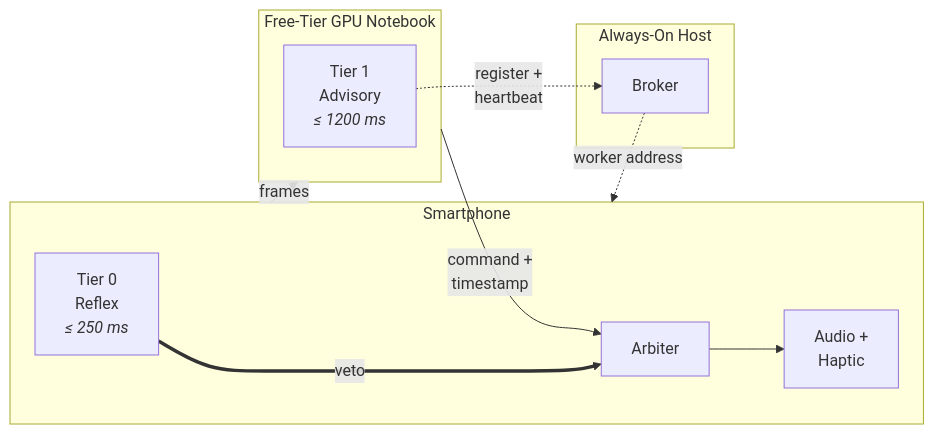
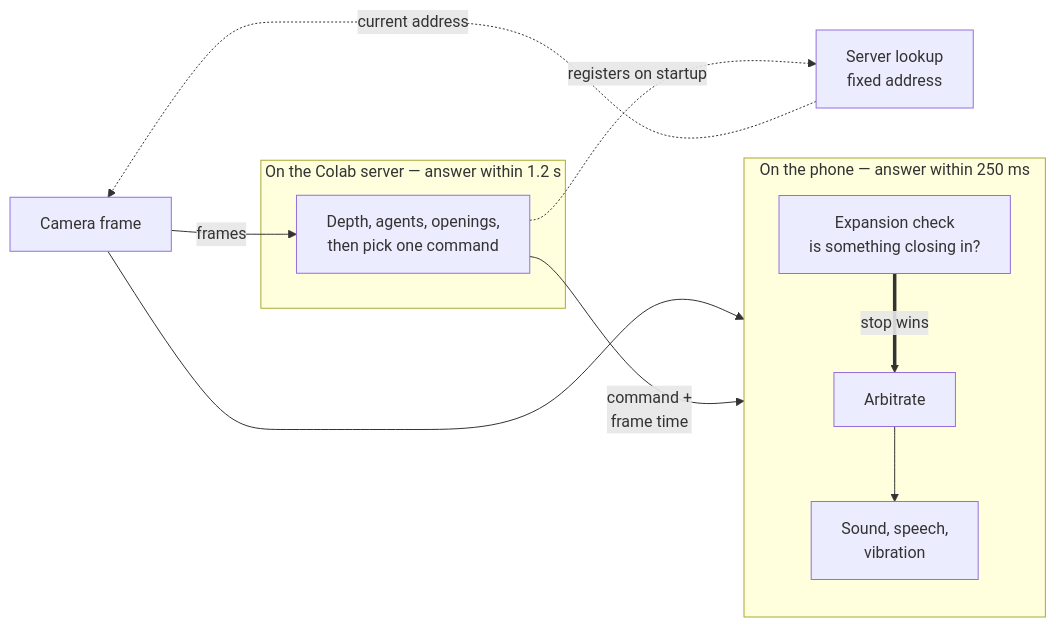
Diagram 12 of 14 in docs/SRS.md (shahalam22/WalkSafe), drawn with Mermaid before and after one commit. The commit also changed other lines of this file and 1 other file, not shown here.

````diff
--- a/docs/SRS.md
+++ b/docs/SRS.md
@@ -892,23 +792,25 @@
 ```mermaid
 flowchart LR
-    subgraph PHONE["Smartphone"]
-        T0["Tier 0<br/>Reflex<br/><i>≤ 250 ms</i>"]
-        AR["Arbiter"]
-        OUT["Audio +<br/>Haptic"]
-        T0 ==>|veto| AR
-        AR --> OUT
+    C["Camera frame"]
+
+    subgraph PH["On the phone — answer within 250 ms"]
+        direction TB
+        E["Expansion check<br/>is something closing in?"]
+        A["Arbitrate"]
+        O["Sound, speech,<br/>vibration"]
+        E ==>|stop wins| A
+        A --> O
     end
 
-    subgraph GPU["Free-Tier GPU Notebook"]
-        T1["Tier 1<br/>Advisory<br/><i>≤ 1200 ms</i>"]
+    subgraph SV["On the Colab server — answer within 1.2 s"]
+        S["Depth, agents, openings,<br/>then pick one command"]
     end
 
-    subgraph ALWAYS["Always-On Host"]
-        BR["Broker"]
-    end
+    L["Server lookup<br/>fixed address"]
 
-    PHONE -->|frames| GPU
-    GPU -->|command +<br/>timestamp| AR
-    T1 -.->|register +<br/>heartbeat| BR
-    BR -.->|worker address| PHONE
+    C --> E
+    C -->|frames| S
+    S -->|command +<br/>frame time| A
+    S -.->|registers on startup| L
+    L -.->|current address| C
 ```
````
